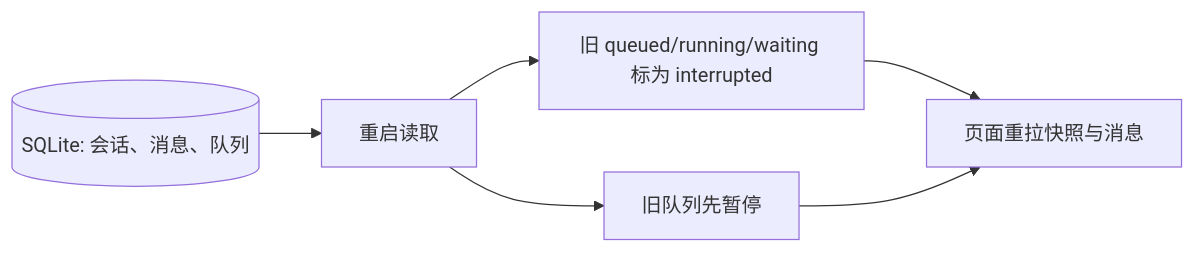
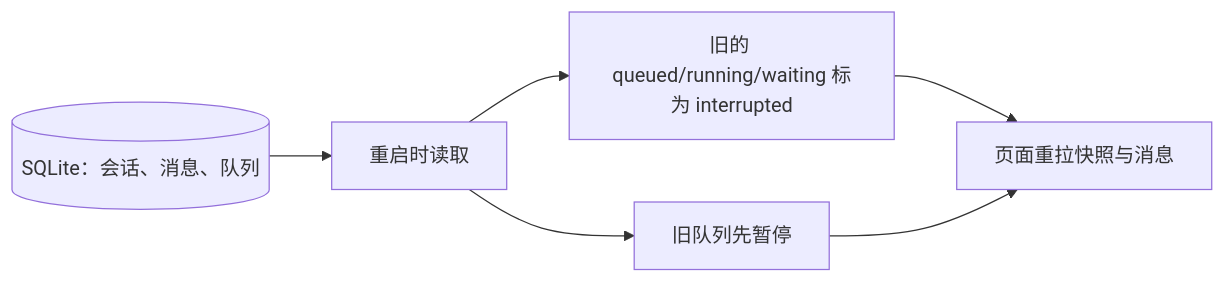
The second of 3 diagrams in docs/interview/answers.md (shqingda/moose), drawn with Mermaid before and after one commit. The commit also changed other lines of this file and 5 other files, not shown here.

````diff
--- a/docs/interview/answers.md
+++ b/docs/interview/answers.md
@@ -235,8 +345,8 @@
 ```mermaid
 flowchart LR
-  A[(SQLite: 会话、消息、队列)] --> B[重启读取]
-  B --> C[旧 queued/running/waiting 标为 interrupted]
+  A[("SQLite：会话、消息、队列")] --> B[重启时读取]
+  B --> C["旧的 queued/running/waiting 标为 interrupted"]
   B --> D[旧队列先暂停]
   C --> E[页面重拉快照与消息]
   D --> E
 ```
````
